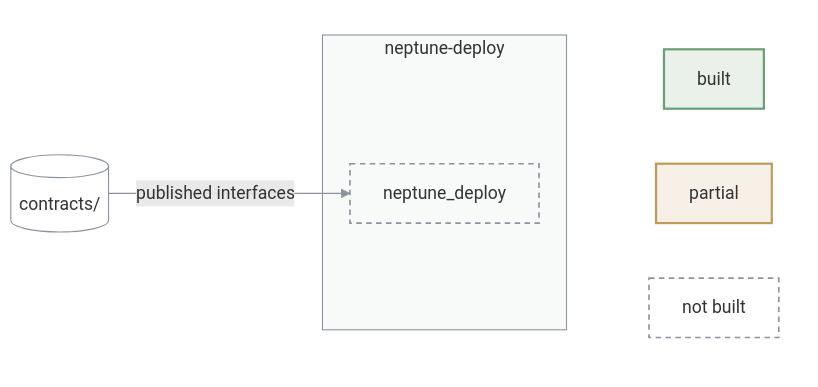
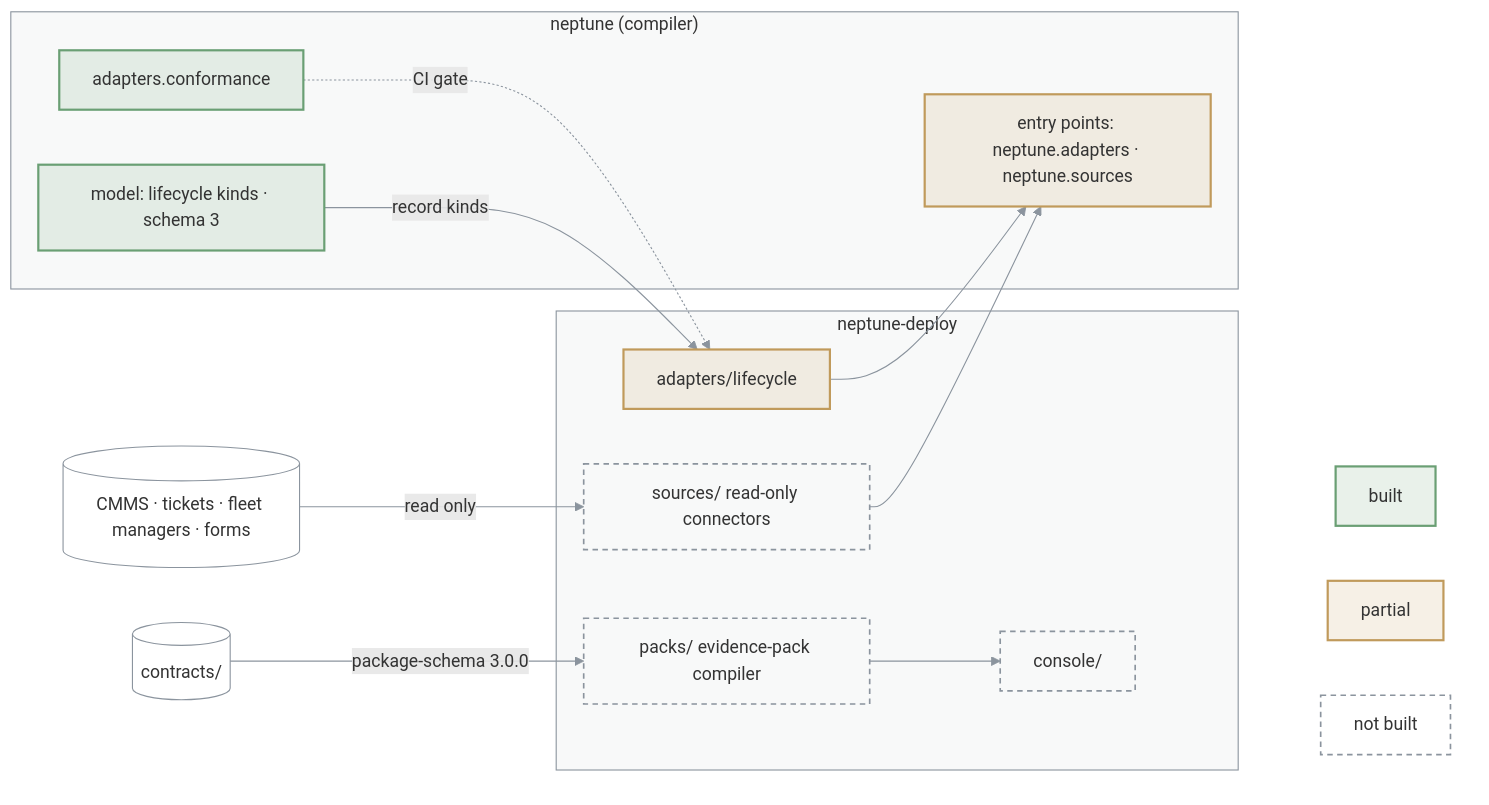
The diagram in packages/neptune-deploy/ARCHITECTURE.md (bennytay/neptune), drawn with Mermaid before and after one commit. The commit also changed 13 other files, not shown here.

First line of the commit message:
feat(deploy): register the lifecycle adapter through the compiler's entry points

````diff
--- a/packages/neptune-deploy/ARCHITECTURE.md
+++ b/packages/neptune-deploy/ARCHITECTURE.md
@@ -3,27 +3,44 @@
 ```mermaid
 flowchart LR
+  EXT[("CMMS · tickets · fleet managers · forms")]
   subgraph P["neptune-deploy"]
-    CORE["neptune_deploy"]
+    SRC["sources/ read-only connectors"]
+    LIF["adapters/lifecycle"]
+    PACKS["packs/ evidence-pack compiler"]
+    CONSOLE["console/"]
+  end
+  subgraph C["neptune (compiler)"]
+    EP["entry points: neptune.adapters · neptune.sources"]
+    CONF["adapters.conformance"]
+    MODEL["model: lifecycle kinds · schema 3"]
   end
   CON[("contracts/")]
-  CON -->|published interfaces| CORE
+
+  EXT -->|read only| SRC
+  SRC --> EP
+  LIF --> EP
+  CONF -.->|CI gate| LIF
+  MODEL -->|record kinds| LIF
+  CON -->|package-schema 3.0.0| PACKS
+  PACKS --> CONSOLE
 
   subgraph KEY[" "]
     K1["built"]
     K2["partial"]
     K3["not built"]
   end
-  CORE ~~~ K1 & K2 & K3
+  CONSOLE ~~~ K1 & K2 & K3
 
   classDef built fill:#6a9f7426,stroke:#6a9f74,stroke-width:2px
   classDef partial fill:#c09a5b26,stroke:#c09a5b,stroke-width:2px
   classDef todo fill:none,stroke:#8b949e,stroke-width:1.5px,stroke-dasharray:5 4
   classDef ext fill:none,stroke:#8b949e,stroke-width:1px
-  class K1 built
-  class K2 partial
-  class CORE,K3 todo
-  class CON ext
+  class K1,CONF,MODEL built
+  class K2,LIF,EP partial
+  class SRC,PACKS,CONSOLE,K3 todo
+  class CON,EXT ext
   style P fill:#8b949e0f,stroke:#8b949e
+  style C fill:#8b949e0f,stroke:#8b949e
   style KEY fill:none,stroke:none
   linkStyle default stroke:#8b949e
 ```
````
